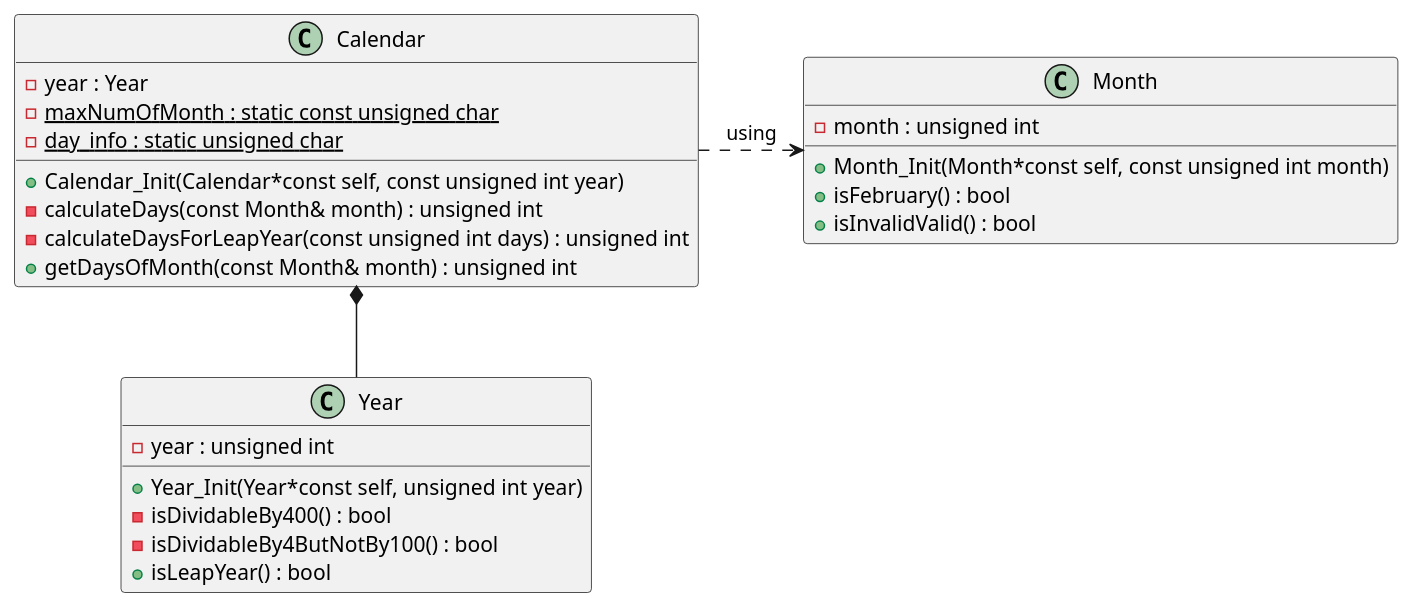
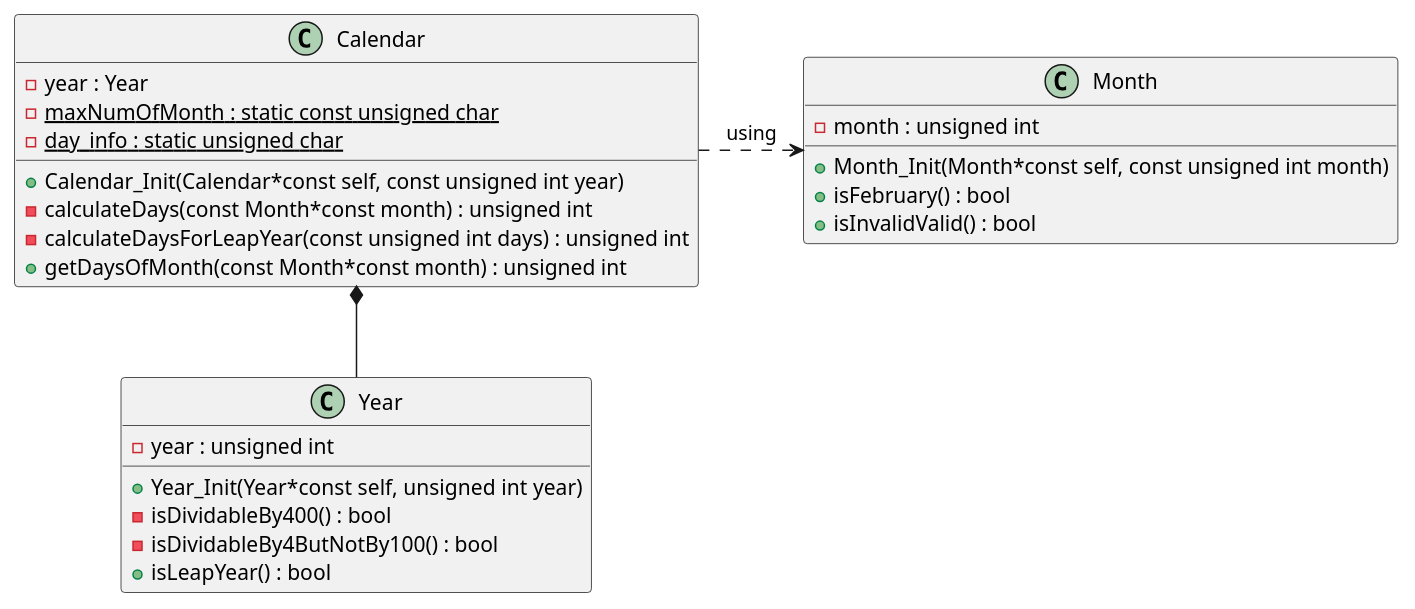
One commit to MatrixWeber/CleanCode_C changed the diagram in Exercises/MyTries/grundlagen/kiss/uml.puml. Above: the diagram before and after it, drawn with PlantUML. The commit also changed 43 other files, not shown here.

```diff
--- a/Exercises/MyTries/grundlagen/kiss/uml.puml
+++ b/Exercises/MyTries/grundlagen/kiss/uml.puml
@@ -1,56 +1,56 @@
 @startuml
 
 
 
 
 
 /' Objects '/
 
 class Calendar {
 	+Calendar_Init(Calendar*const self, const unsigned int year)
 	-year : Year
 	-{static} maxNumOfMonth : static const unsigned char
 	-{static} day_info : static unsigned char
-	-calculateDays(const Month& month) : unsigned int
+	-calculateDays(const Month*const month) : unsigned int
 	-calculateDaysForLeapYear(const unsigned int days) : unsigned int
-	+getDaysOfMonth(const Month& month) : unsigned int
+	+getDaysOfMonth(const Month*const month) : unsigned int
 }
 
 
 class Month {
 	+Month_Init(Month*const self, const unsigned int month)
 	+isFebruary() : bool
 	+isInvalidValid() : bool
 	-month : unsigned int
 }
 
 
 class Year {
 	+Year_Init(Year*const self, unsigned int year)
 	-isDividableBy400() : bool
 	-isDividableBy4ButNotBy100() : bool
 	+isLeapYear() : bool
 	-year : unsigned int
 }
 
 
 /' Inheritance relationships '/
 
 
 
 
 /' Aggregation relationships '/
 
 .Calendar .> Month : using
 .Calendar *-- Year
 
 
 
 
 
 
 /' Nested objects '/
 
 
 
 @enduml
```
